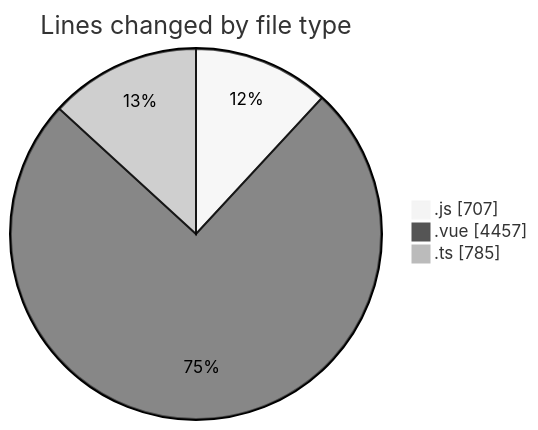
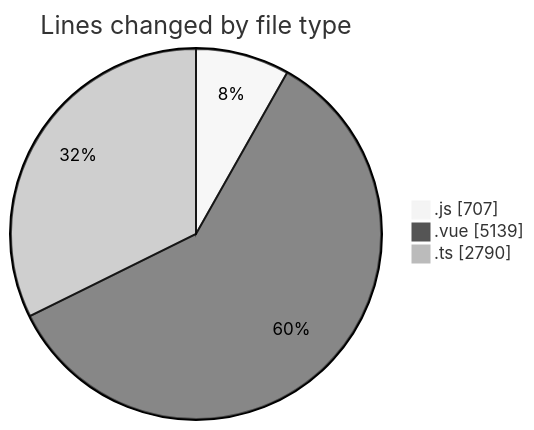
Before and after one commit to lephambinh05/code-tracking: the first of 2 diagrams in 2025-08-17/rentotp/README.md, drawn with Mermaid (neutral theme). The commit also changed other lines of this file and 1 other file, not shown here.

````diff
--- a/2025-08-17/rentotp/README.md
+++ b/2025-08-17/rentotp/README.md
@@ -38,7 +41,7 @@
 ```mermaid
 pie showData
 title Lines changed by file type
 ".js" : 707
-".vue" : 4457
-".ts" : 785
+".vue" : 5139
+".ts" : 2790
 ```
````
